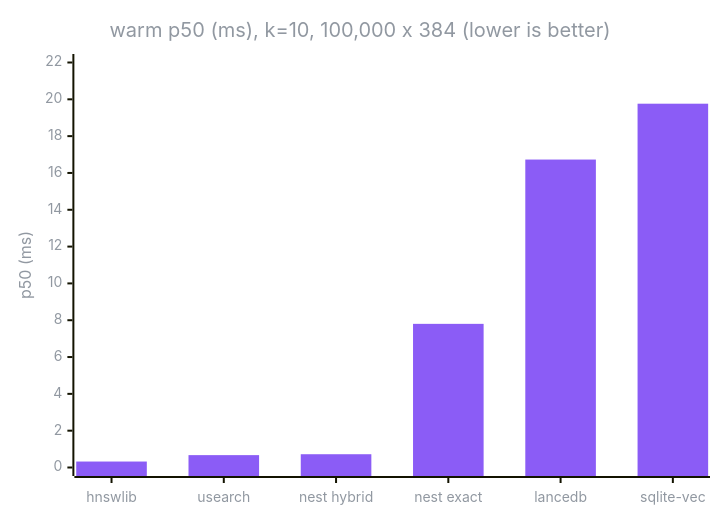
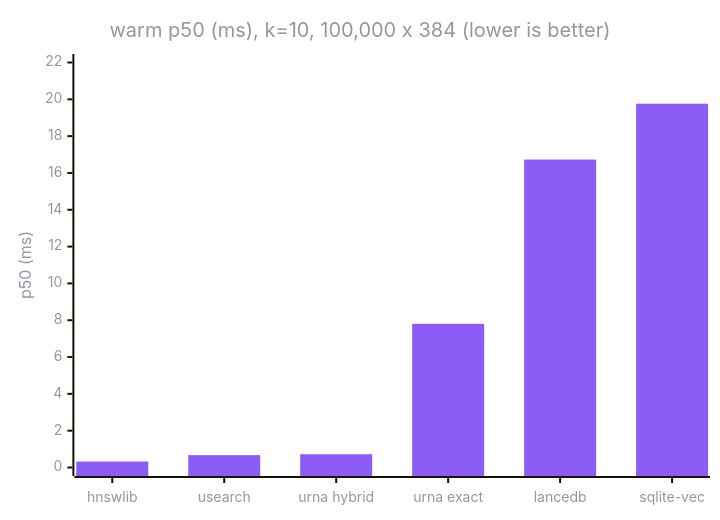
One commit to hoffresearch/nest changed the third of 7 diagrams in README.md. Above: the diagram before and after it, drawn with Mermaid. The commit also changed other lines of this file and 454 other files, not shown here.

First line of the commit message:
rename the project from nest to urna

````diff
--- a/README.md
+++ b/README.md
@@ -408,20 +414,20 @@
 ```mermaid
 ---
 config:
   theme: base
   themeVariables:
     xyChart:
       backgroundColor: "transparent"
       titleColor: "#9198a1"
       xAxisLabelColor: "#9198a1"
       xAxisTitleColor: "#9198a1"
       yAxisLabelColor: "#9198a1"
       yAxisTitleColor: "#9198a1"
       plotColorPalette: "#8B5CF6"
 ---
 xychart-beta
   title "warm p50 (ms), k=10, 100,000 x 384 (lower is better)"
-  x-axis ["hnswlib", "usearch", "nest hybrid", "nest exact", "lancedb", "sqlite-vec"]
+  x-axis ["hnswlib", "usearch", "urna hybrid", "urna exact", "lancedb", "sqlite-vec"]
   y-axis "p50 (ms)" 0 --> 22
   bar [0.324, 0.672, 0.721, 7.803, 16.728, 19.762]
 ```
````
